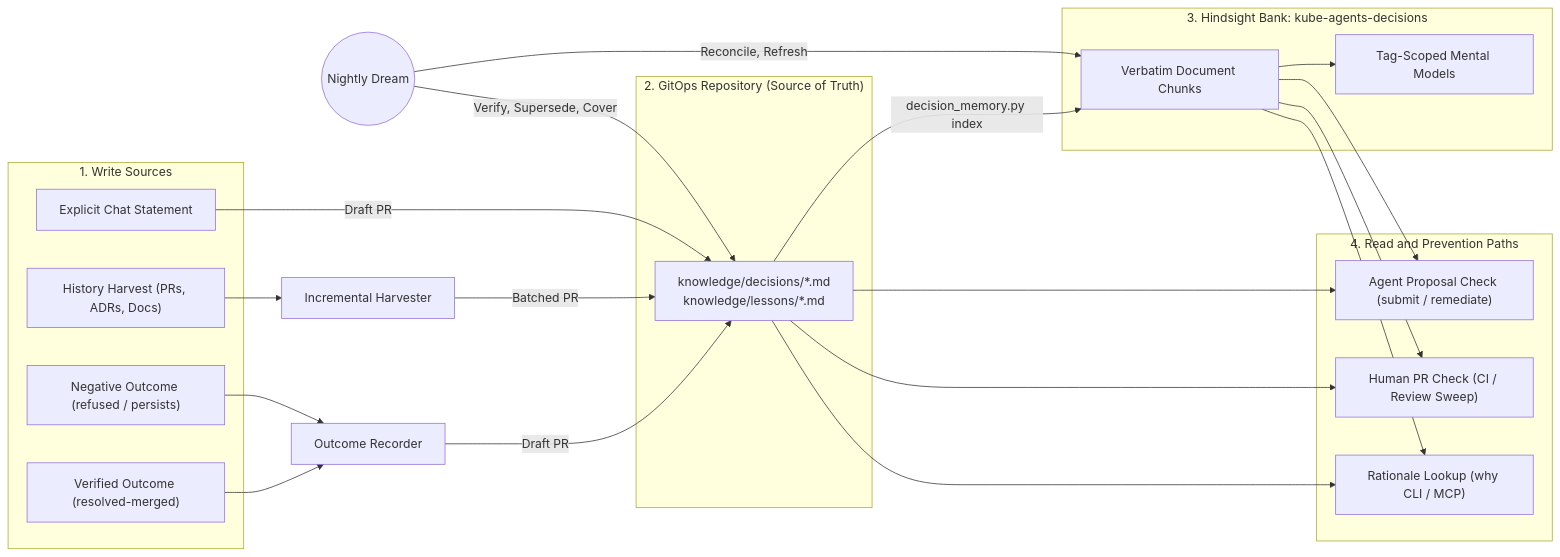
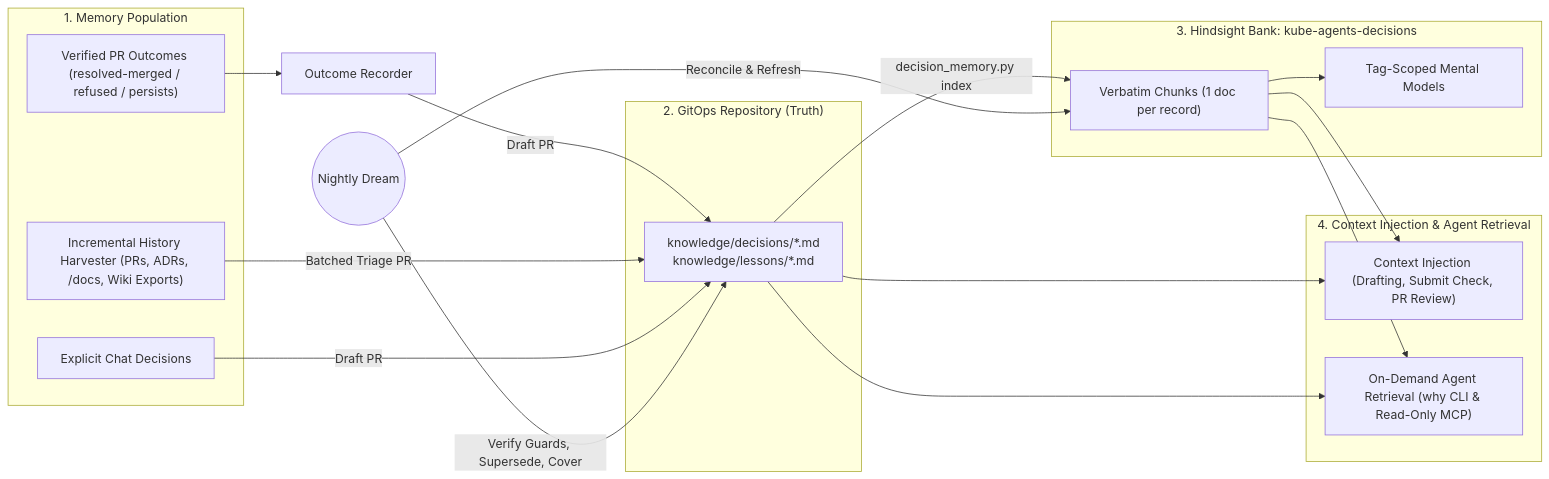
One commit to dshnayder/kube-agents changed the first of 2 diagrams in docs/designs/decision-memory.md. Above: the diagram before and after it, drawn with Mermaid. The commit also changed other lines of this file, not shown here.

Commit message:
docs(design): ground decision-memory on memory.md findings and adopter needs

````diff
--- a/docs/designs/decision-memory.md
+++ b/docs/designs/decision-memory.md
@@ -102,34 +121,29 @@
 ```mermaid
 flowchart LR
-  subgraph Sources["1. Write Sources"]
-    O["Verified Outcome (resolved-merged)"]
-    N["Negative Outcome (refused / persists)"]
-    H["History Harvest (PRs, ADRs, Docs)"]
-    C["Explicit Chat Statement"]
+  subgraph Populate["1. Memory Population"]
+    O["Verified PR Outcomes (resolved-merged / refused / persists)"]
+    H["Incremental History Harvester (PRs, ADRs, /docs, Wiki Exports)"]
+    C["Explicit Chat Decisions"]
   end
-  subgraph Truth["2. GitOps Repository (Source of Truth)"]
+  subgraph Truth["2. GitOps Repository (Truth)"]
     R["knowledge/decisions/*.md\nknowledge/lessons/*.md"]
   end
   subgraph Index["3. Hindsight Bank: kube-agents-decisions"]
-    I["Verbatim Document Chunks"]
+    I["Verbatim Chunks (1 doc per record)"]
     M["Tag-Scoped Mental Models"]
   end
-  subgraph Prevention["4. Read and Prevention Paths"]
-    P["Agent Proposal Check (submit / remediate)"]
-    V["Human PR Check (CI / Review Sweep)"]
-    W["Rationale Lookup (why CLI / MCP)"]
+  subgraph Consume["4. Context Injection & Agent Retrieval"]
+    P["Context Injection (Drafting, Submit Check, PR Review)"]
+    Q["On-Demand Agent Retrieval (why CLI & Read-Only MCP)"]
   end
-  O --> D1["Outcome Recorder"] -->|Draft PR| R
-  N --> D1
-  H --> D2["Incremental Harvester"] -->|Batched PR| R
+  O --> OR["Outcome Recorder"] -->|Draft PR| R
+  H -->|Batched Triage PR| R
   C -->|Draft PR| R
   R -->|decision_memory.py index| I --> M
   R --> P
-  R --> V
-  R --> W
+  R --> Q
   I --> P
-  I --> V
-  I --> W
-  Dream(("Nightly Dream")) -->|Verify, Supersede, Cover| R
-  Dream -->|Reconcile, Refresh| I
+  I --> Q
+  Dream(("Nightly Dream")) -->|Verify Guards, Supersede, Cover| R
+  Dream -->|Reconcile & Refresh| I
 ```
````
